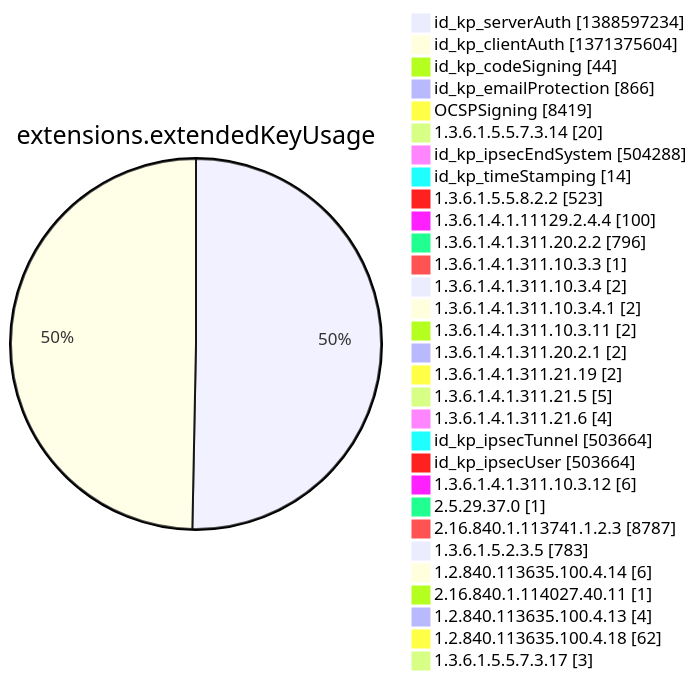
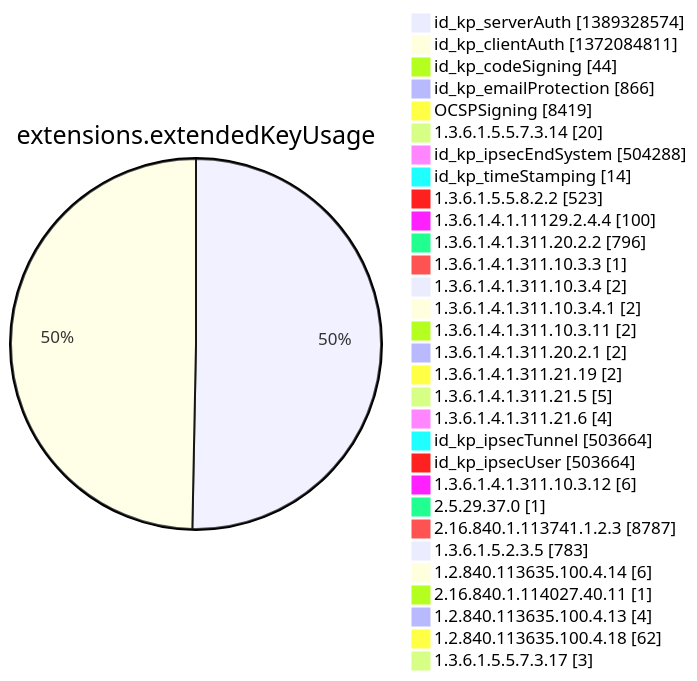
Before and after one commit to christiankrug/ctmonitor_visualization: diagram 12 of 15 in argon2022/README.md, drawn with Mermaid. The commit also changed other lines of this file, not shown here.

````diff
--- a/argon2022/README.md
+++ b/argon2022/README.md
@@ -3554,34 +3554,34 @@
 ```mermaid
 pie showData
 title extensions.extendedKeyUsage
-"id_kp_serverAuth" :1388597234
-"id_kp_clientAuth" :1371375604
+"id_kp_serverAuth" :1389328574
+"id_kp_clientAuth" :1372084811
 "id_kp_codeSigning" :44
 "id_kp_emailProtection" :866
 "OCSPSigning" :8419
 "1.3.6.1.5.5.7.3.14" :20
 "id_kp_ipsecEndSystem" :504288
 "id_kp_timeStamping" :14
 "1.3.6.1.5.5.8.2.2" :523
 "1.3.6.1.4.1.11129.2.4.4" :100
 "1.3.6.1.4.1.311.20.2.2" :796
 "1.3.6.1.4.1.311.10.3.3" :1
 "1.3.6.1.4.1.311.10.3.4" :2
 "1.3.6.1.4.1.311.10.3.4.1" :2
 "1.3.6.1.4.1.311.10.3.11" :2
 "1.3.6.1.4.1.311.20.2.1" :2
 "1.3.6.1.4.1.311.21.19" :2
 "1.3.6.1.4.1.311.21.5" :5
 "1.3.6.1.4.1.311.21.6" :4
 "id_kp_ipsecTunnel" :503664
 "id_kp_ipsecUser" :503664
 "1.3.6.1.4.1.311.10.3.12" :6
 "2.5.29.37.0" :1
 "2.16.840.1.113741.1.2.3" :8787
 "1.3.6.1.5.2.3.5" :783
 "1.2.840.113635.100.4.14" :6
 "2.16.840.1.114027.40.11" :1
 "1.2.840.113635.100.4.13" :4
 "1.2.840.113635.100.4.18" :62
 "1.3.6.1.5.5.7.3.17" :3
 ```
````
